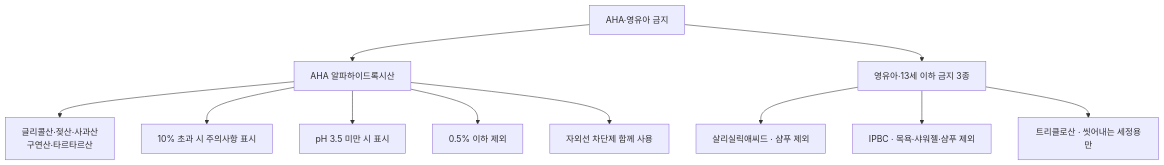
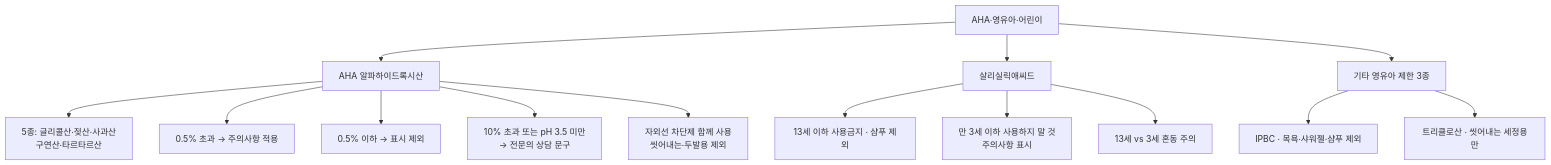
Before and after one commit to skygoldlee-cyber/Personalized_Skincare: the ninth of 10 diagrams in content/참조자료/과목2/2과목_Ch03_사용제한원료_핵심암기.md, drawn with Mermaid. The commit also changed other lines of this file and 7 other files, not shown here.

First line of the commit message:
docs: Ch03 AHA·영유아 섹션을 4개 항목 구조로 재구성

````diff
--- a/content/참조자료/과목2/2과목_Ch03_사용제한원료_핵심암기.md
+++ b/content/참조자료/과목2/2과목_Ch03_사용제한원료_핵심암기.md
@@ -389,13 +406,16 @@
 ```mermaid
 flowchart TD
-  A[AHA·영유아 금지] --> B[AHA 알파하이드록시산]
-  A --> C[영유아·13세 이하 금지 3종]
-  B --> B1[글리콜산·젖산·사과산<br/>구연산·타르타르산]
-  B --> B2[10% 초과 시 주의사항 표시]
-  B --> B3[pH 3.5 미만 시 표시]
-  B --> B4[0.5% 이하 제외]
-  B --> B5[자외선 차단제 함께 사용]
-  C --> C1[살리실릭애씨드 · 샴푸 제외]
-  C --> C2[IPBC · 목욕·샤워젤·샴푸 제외]
-  C --> C3[트리클로산 · 씻어내는 세정용만]
+  A[AHA·영유아·어린이] --> B[AHA 알파하이드록시산]
+  A --> C[살리실릭애씨드]
+  A --> D[기타 영유아 제한 3종]
+  B --> B1[5종: 글리콜산·젖산·사과산<br/>구연산·타르타르산]
+  B --> B2[0.5% 초과 → 주의사항 적용]
+  B --> B3[0.5% 이하 → 표시 제외]
+  B --> B4[10% 초과 또는 pH 3.5 미만<br/>→ 전문의 상담 문구]
+  B --> B5[자외선 차단제 함께 사용<br/>씻어내는·두발용 제외]
+  C --> C1[13세 이하 사용금지 · 샴푸 제외]
+  C --> C2[만 3세 이하 사용하지 말 것<br/>주의사항 표시]
+  C --> C3[13세 vs 3세 혼동 주의]
+  D --> D1[IPBC · 목욕·샤워젤·샴푸 제외]
+  D --> D2[트리클로산 · 씻어내는 세정용만]
 ```
````
